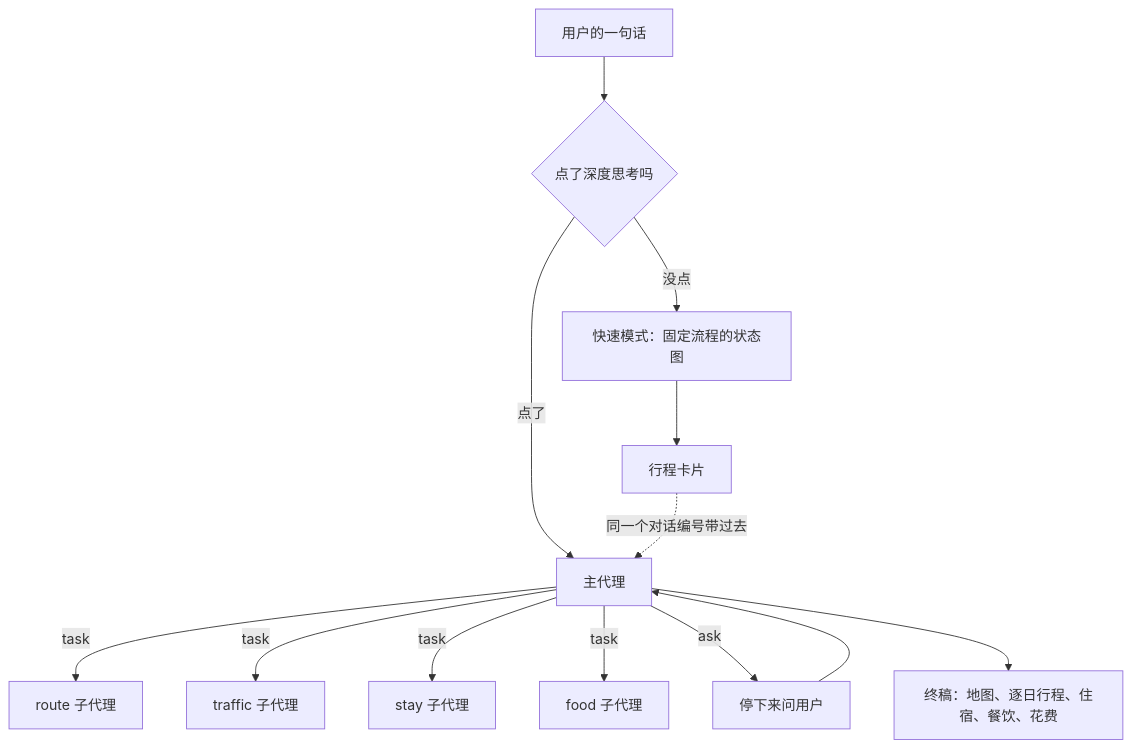
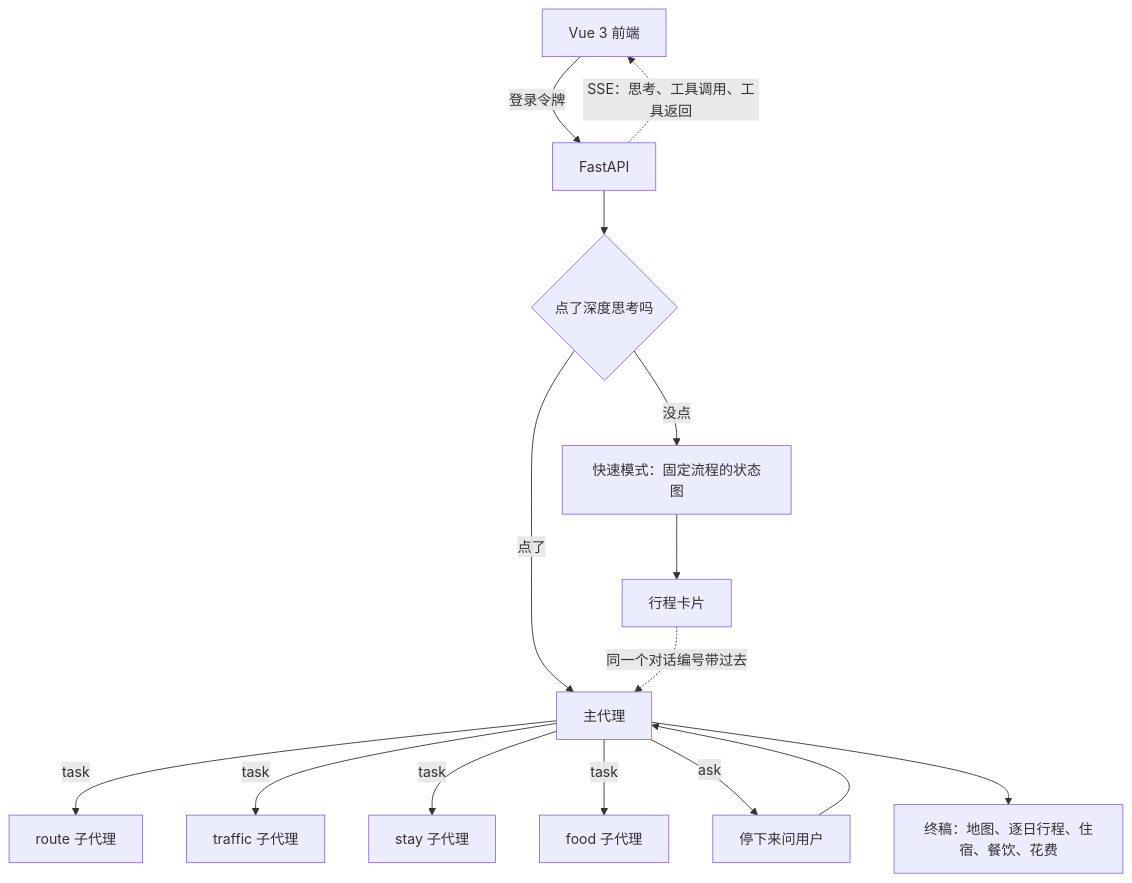
Before and after one commit to yanmuuuu/travel-guide: the diagram in README.md, drawn with Mermaid. The commit also changed other lines of this file and 50 other files, not shown here.

````diff
--- a/README.md
+++ b/README.md
@@ -16,15 +19,17 @@
 ```mermaid
 flowchart TD
-  user[用户的一句话] --> mode{点了深度思考吗}
+  web[Vue 3 前端] -->|登录令牌| api[FastAPI]
+  api --> mode{点了深度思考吗}
   mode -->|没点| guide[快速模式：固定流程的状态图]
   guide --> card[行程卡片]
   mode -->|点了| deep[主代理]
   card -.同一个对话编号带过去.-> deep
   deep -->|task| route[route 子代理]
   deep -->|task| traffic[traffic 子代理]
   deep -->|task| stay[stay 子代理]
   deep -->|task| food[food 子代理]
   deep -->|ask| human[停下来问用户]
   human --> deep
   deep --> final[终稿：地图、逐日行程、住宿、餐饮、花费]
+  api -.SSE：思考、工具调用、工具返回.-> web
 ```
````
